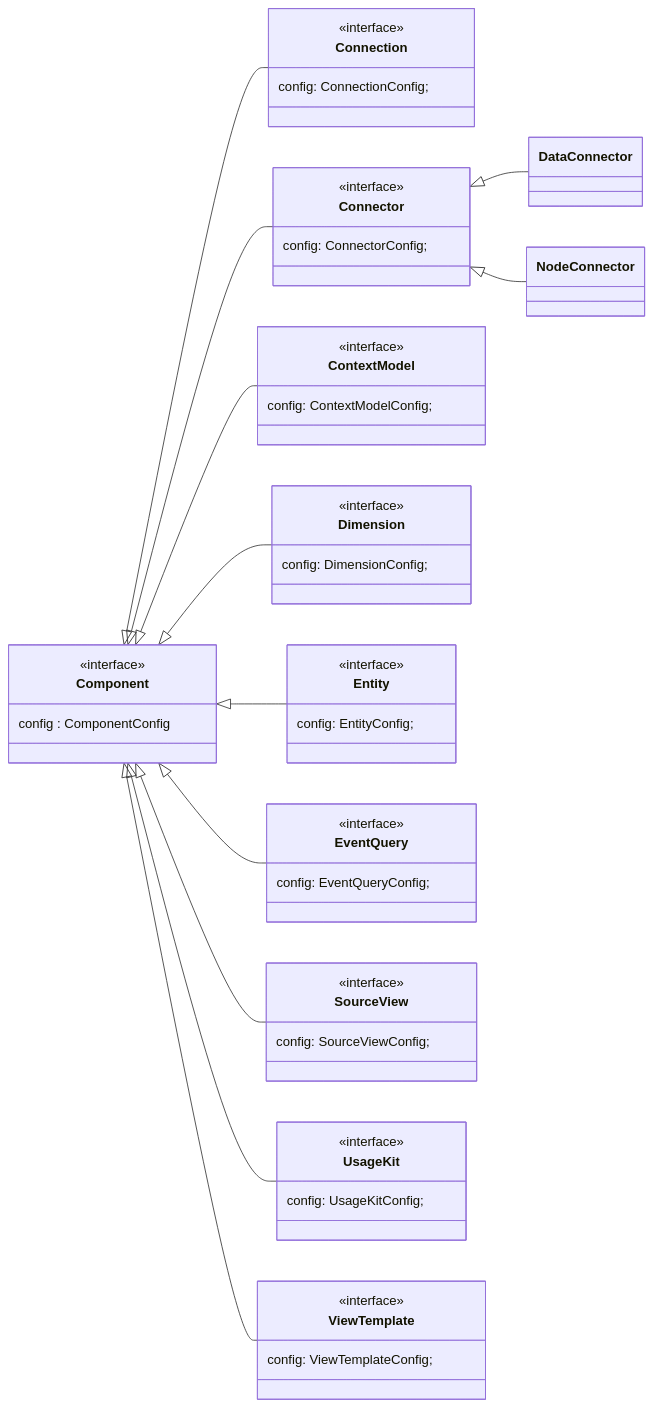
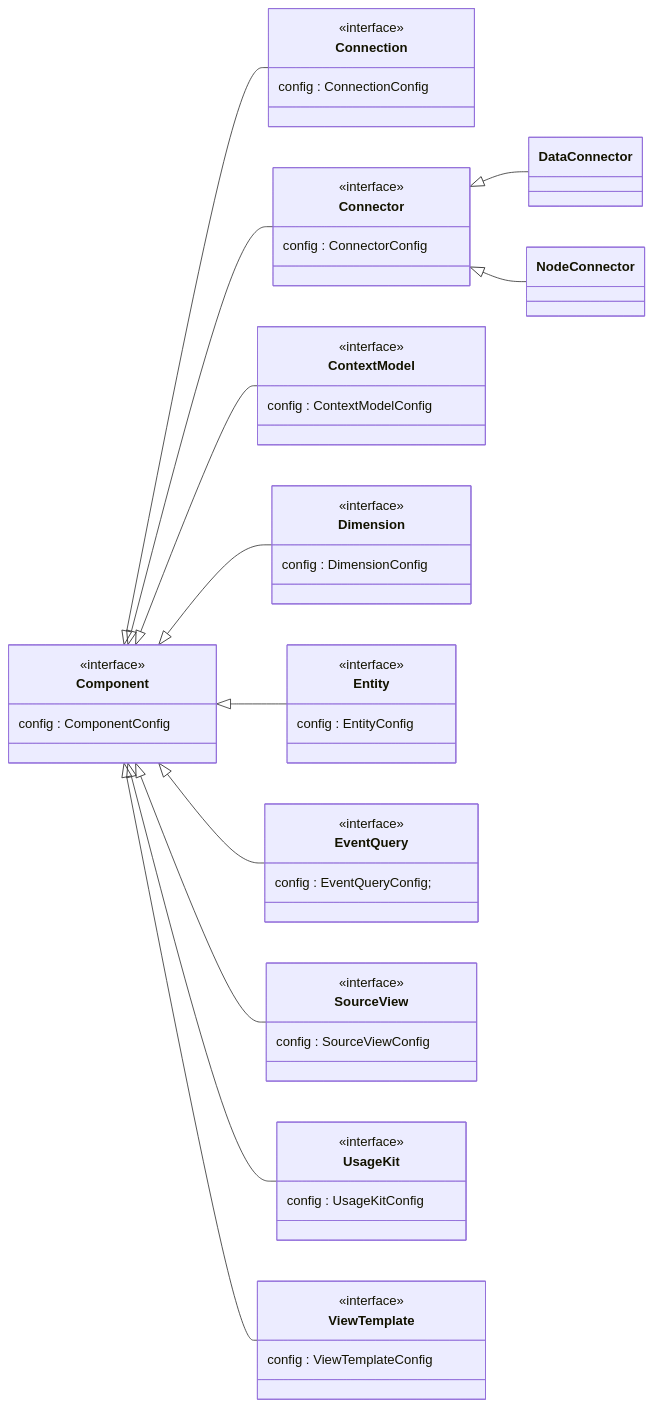
Before and after one commit to data-positioning/datapos-shared: the second of 14 diagrams in README.md, drawn with Mermaid. The commit also changed other lines of this file and 1 other file, not shown here.

````diff
--- a/README.md
+++ b/README.md
@@ -42,66 +42,66 @@
 ```mermaid
 classDiagram
     direction LR
 
     class Component {
         <<interface>>
         config : ComponentConfig
     }
 
     class Connection {
         <<interface>>
-        config: ConnectionConfig;
+        config : ConnectionConfig
     }
 
     class Connector {
         <<interface>>
-        config: ConnectorConfig;
+        config : ConnectorConfig
     }
 
     class ContextModel {
         <<interface>>
-        config: ContextModelConfig;
+        config : ContextModelConfig
     }
 
     class Dimension {
         <<interface>>
-        config: DimensionConfig;
+        config : DimensionConfig
     }
 
     class Entity {
         <<interface>>
-        config: EntityConfig;
+        config : EntityConfig
     }
 
     class EventQuery {
         <<interface>>
-        config: EventQueryConfig;
+        config : EventQueryConfig;
     }
 
     class SourceView {
         <<interface>>
-        config: SourceViewConfig;
+        config : SourceViewConfig
     }
 
     class UsageKit {
         <<interface>>
-        config: UsageKitConfig;
+        config : UsageKitConfig
     }
 
     class ViewTemplate {
         <<interface>>
-        config: ViewTemplateConfig;
+        config : ViewTemplateConfig
     }
 
     Component <|-- Connection
     Component <|-- Connector
     Connector <|-- DataConnector
     Connector <|-- NodeConnector
     Component <|-- ContextModel
     Component <|-- Dimension
     Component <|-- Entity
     Component <|-- EventQuery
     Component <|-- SourceView
     Component <|-- UsageKit
     Component <|-- ViewTemplate
 ```
````
